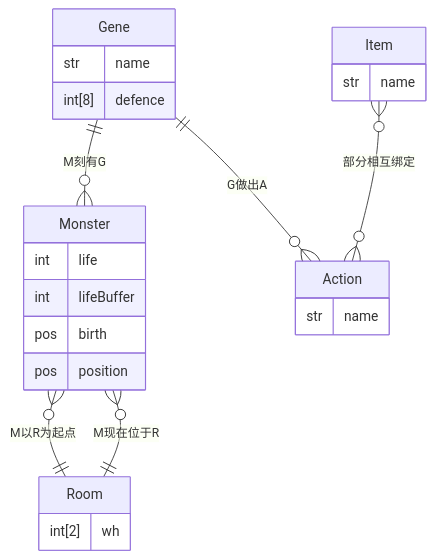
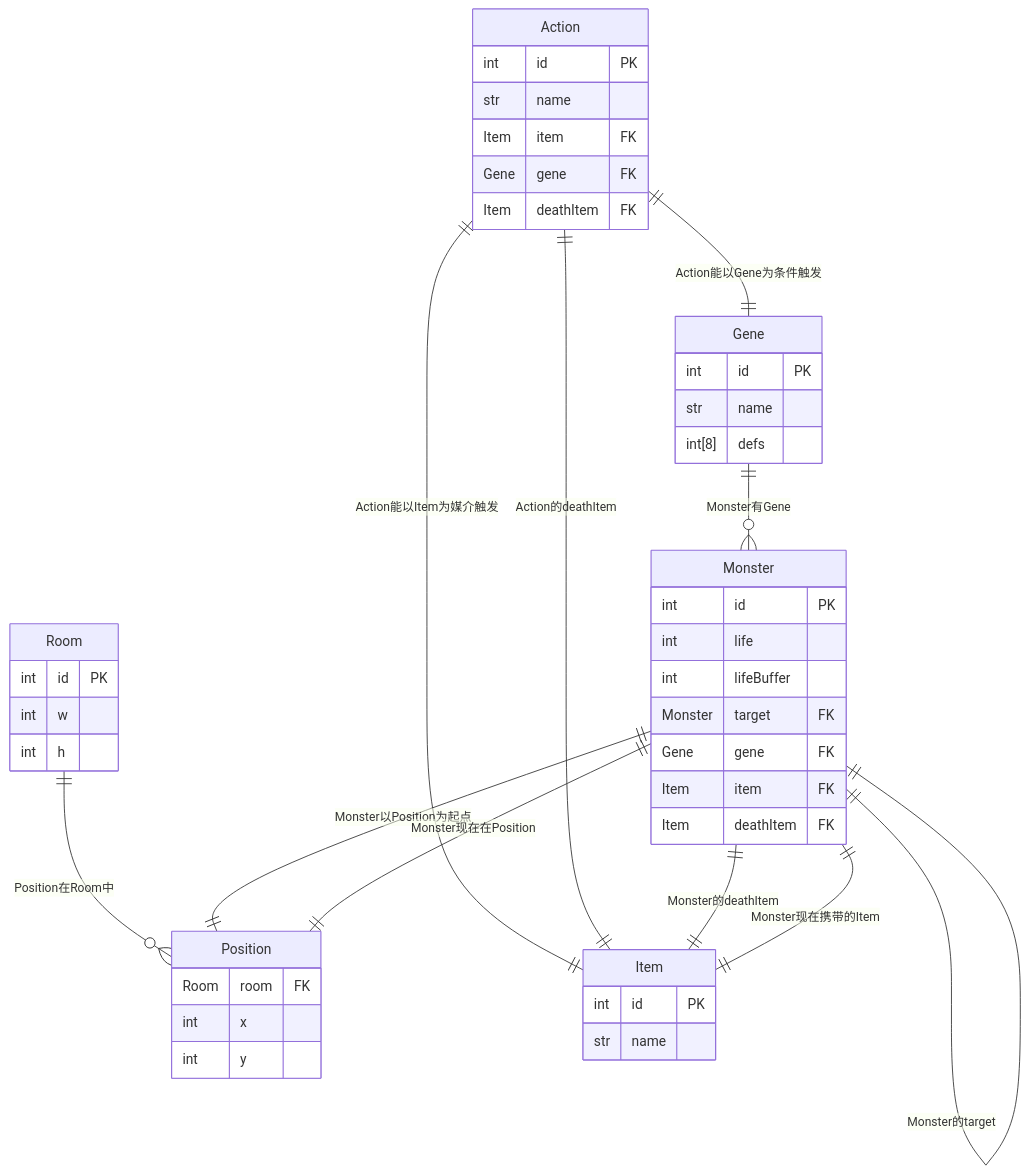
The second of 2 diagrams in src/maze_inner/README.md (ShilianShen/Jasmin), drawn with Mermaid before and after one commit. The commit also changed other lines of this file and 12 other files, not shown here.

````diff
--- a/src/maze_inner/README.md
+++ b/src/maze_inner/README.md
@@ -3,27 +9,49 @@
 ```mermaid
 erDiagram 
+    Room {
+        int id PK
+        int w
+        int h
+    }
+    Position {
+        Room room FK
+        int x
+        int y
+    }
     Gene {
-        str name 
-        int[8] defence
-    }
-    Room {
-        int[2] wh
+        int id PK
+        str name
+        int[8] defs
     }
     Monster {
+        int id PK
         int life
         int lifeBuffer
-        pos birth
-        pos position
+        Monster target FK
+        Gene gene FK
+        Item item FK
+        Item deathItem FK
+    }
+    Item {
+        int id PK
+        str name 
     }
     Action {
+        int id PK
         str name
+        Item item FK
+        Gene gene FK
+        Item deathItem FK
     }
-    Item {
-        str name
-    }
-    Gene ||--o{ Monster: "M刻有G"
-    Monster }o--|| Room: "M以R为起点"
-    Monster }o--|| Room: "M现在位于R"
-    Gene ||--o{ Action: "G做出A"
-    Item }o--o{ Action: "部分相互绑定"
+    
+    Room ||--o{ Position: "Position在Room中"
+    Gene ||--o{ Monster: "Monster有Gene"
+    Monster ||--|| Position: "Monster以Position为起点"
+    Monster ||--|| Position: "Monster现在在Position"
+    Action ||--|| Gene: "Action能以Gene为条件触发"
+    Action ||--|| Item: "Action能以Item为媒介触发"
+    Action ||--|| Item: "Action的deathItem"
+    Monster ||--|| Item: "Monster的deathItem"
+    Monster ||--|| Item: "Monster现在携带的Item"
+    Monster ||--|| Monster: "Monster的target"
 ```
````
